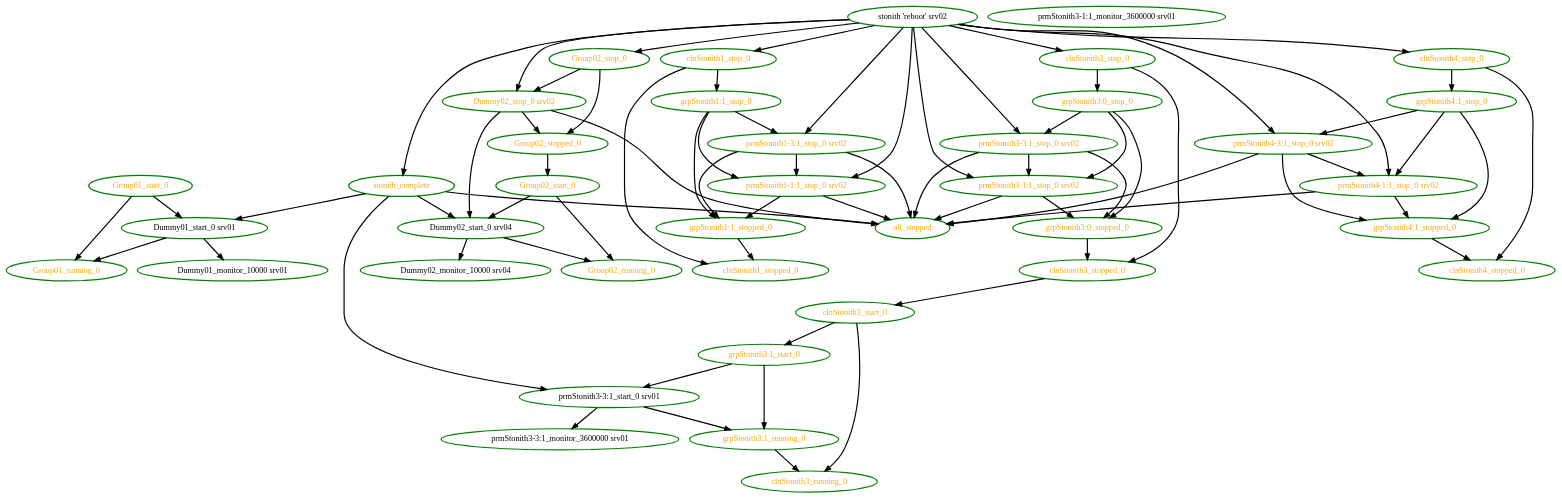
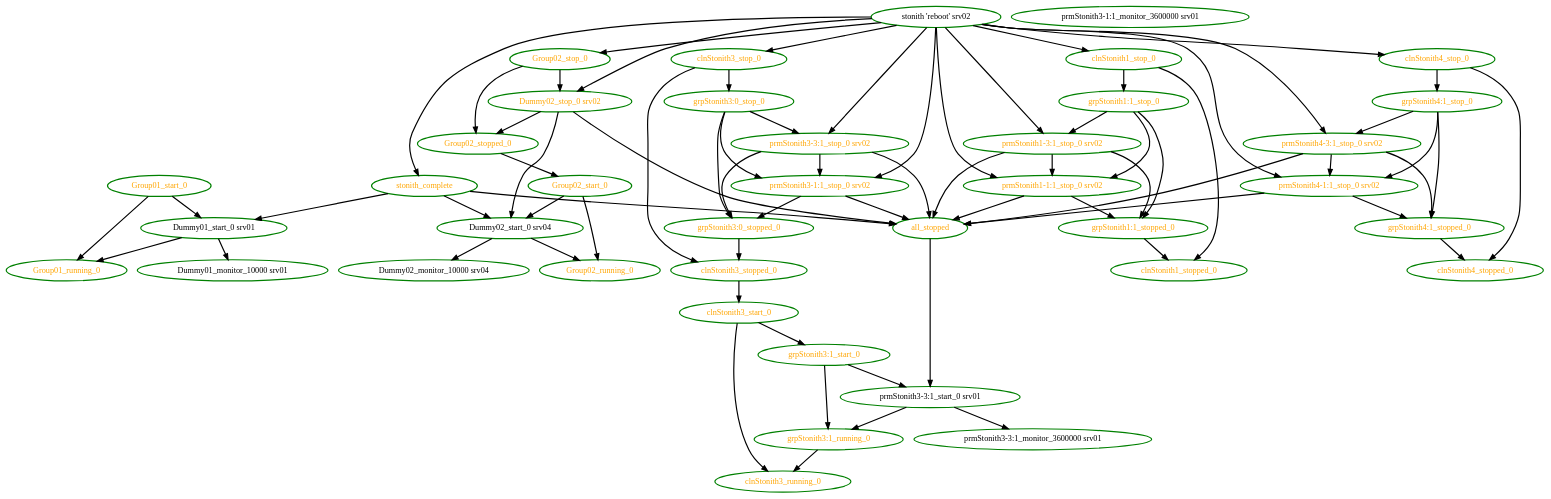
Before and after one commit to ClusterLabs/pacemaker: the diagram in pengine/test10/bug-lf-2508.dot, drawn with Graphviz. The commit also changed 44 other files, not shown here.

```diff
--- a/pengine/test10/bug-lf-2508.dot
+++ b/pengine/test10/bug-lf-2508.dot
@@ -1,112 +1,112 @@
 digraph "g" {
 "Dummy01_monitor_10000 srv01" [ style=bold color="green" fontcolor="black" ]
 "Dummy01_start_0 srv01" -> "Dummy01_monitor_10000 srv01" [ style = bold]
 "Dummy01_start_0 srv01" -> "Group01_running_0" [ style = bold]
 "Dummy01_start_0 srv01" [ style=bold color="green" fontcolor="black" ]
 "Dummy02_monitor_10000 srv04" [ style=bold color="green" fontcolor="black" ]
 "Dummy02_start_0 srv04" -> "Dummy02_monitor_10000 srv04" [ style = bold]
 "Dummy02_start_0 srv04" -> "Group02_running_0" [ style = bold]
 "Dummy02_start_0 srv04" [ style=bold color="green" fontcolor="black" ]
 "Dummy02_stop_0 srv02" -> "Dummy02_start_0 srv04" [ style = bold]
 "Dummy02_stop_0 srv02" -> "Group02_stopped_0" [ style = bold]
 "Dummy02_stop_0 srv02" -> "all_stopped" [ style = bold]
 "Dummy02_stop_0 srv02" [ style=bold color="green" fontcolor="orange" ]
 "Group01_running_0" [ style=bold color="green" fontcolor="orange" ]
 "Group01_start_0" -> "Dummy01_start_0 srv01" [ style = bold]
 "Group01_start_0" -> "Group01_running_0" [ style = bold]
 "Group01_start_0" [ style=bold color="green" fontcolor="orange" ]
 "Group02_running_0" [ style=bold color="green" fontcolor="orange" ]
 "Group02_start_0" -> "Dummy02_start_0 srv04" [ style = bold]
 "Group02_start_0" -> "Group02_running_0" [ style = bold]
 "Group02_start_0" [ style=bold color="green" fontcolor="orange" ]
 "Group02_stop_0" -> "Dummy02_stop_0 srv02" [ style = bold]
 "Group02_stop_0" -> "Group02_stopped_0" [ style = bold]
 "Group02_stop_0" [ style=bold color="green" fontcolor="orange" ]
 "Group02_stopped_0" -> "Group02_start_0" [ style = bold]
 "Group02_stopped_0" [ style=bold color="green" fontcolor="orange" ]
+"all_stopped" -> "prmStonith3-3:1_start_0 srv01" [ style = bold]
 "all_stopped" [ style=bold color="green" fontcolor="orange" ]
 "clnStonith1_stop_0" -> "clnStonith1_stopped_0" [ style = bold]
 "clnStonith1_stop_0" -> "grpStonith1:1_stop_0" [ style = bold]
 "clnStonith1_stop_0" [ style=bold color="green" fontcolor="orange" ]
 "clnStonith1_stopped_0" [ style=bold color="green" fontcolor="orange" ]
 "clnStonith3_running_0" [ style=bold color="green" fontcolor="orange" ]
 "clnStonith3_start_0" -> "clnStonith3_running_0" [ style = bold]
 "clnStonith3_start_0" -> "grpStonith3:1_start_0" [ style = bold]
 "clnStonith3_start_0" [ style=bold color="green" fontcolor="orange" ]
 "clnStonith3_stop_0" -> "clnStonith3_stopped_0" [ style = bold]
 "clnStonith3_stop_0" -> "grpStonith3:0_stop_0" [ style = bold]
 "clnStonith3_stop_0" [ style=bold color="green" fontcolor="orange" ]
 "clnStonith3_stopped_0" -> "clnStonith3_start_0" [ style = bold]
 "clnStonith3_stopped_0" [ style=bold color="green" fontcolor="orange" ]
 "clnStonith4_stop_0" -> "clnStonith4_stopped_0" [ style = bold]
 "clnStonith4_stop_0" -> "grpStonith4:1_stop_0" [ style = bold]
 "clnStonith4_stop_0" [ style=bold color="green" fontcolor="orange" ]
 "clnStonith4_stopped_0" [ style=bold color="green" fontcolor="orange" ]
 "grpStonith1:1_stop_0" -> "grpStonith1:1_stopped_0" [ style = bold]
 "grpStonith1:1_stop_0" -> "prmStonith1-1:1_stop_0 srv02" [ style = bold]
 "grpStonith1:1_stop_0" -> "prmStonith1-3:1_stop_0 srv02" [ style = bold]
 "grpStonith1:1_stop_0" [ style=bold color="green" fontcolor="orange"]
 "grpStonith1:1_stopped_0" -> "clnStonith1_stopped_0" [ style = bold]
 "grpStonith1:1_stopped_0" [ style=bold color="green" fontcolor="orange"]
 "grpStonith3:0_stop_0" -> "grpStonith3:0_stopped_0" [ style = bold]
 "grpStonith3:0_stop_0" -> "prmStonith3-1:1_stop_0 srv02" [ style = bold]
 "grpStonith3:0_stop_0" -> "prmStonith3-3:1_stop_0 srv02" [ style = bold]
 "grpStonith3:0_stop_0" [ style=bold color="green" fontcolor="orange"]
 "grpStonith3:0_stopped_0" -> "clnStonith3_stopped_0" [ style = bold]
 "grpStonith3:0_stopped_0" [ style=bold color="green" fontcolor="orange"]
 "grpStonith3:1_running_0" -> "clnStonith3_running_0" [ style = bold]
 "grpStonith3:1_running_0" [ style=bold color="green" fontcolor="orange"]
 "grpStonith3:1_start_0" -> "grpStonith3:1_running_0" [ style = bold]
 "grpStonith3:1_start_0" -> "prmStonith3-3:1_start_0 srv01" [ style = bold]
 "grpStonith3:1_start_0" [ style=bold color="green" fontcolor="orange"]
 "grpStonith4:1_stop_0" -> "grpStonith4:1_stopped_0" [ style = bold]
 "grpStonith4:1_stop_0" -> "prmStonith4-1:1_stop_0 srv02" [ style = bold]
 "grpStonith4:1_stop_0" -> "prmStonith4-3:1_stop_0 srv02" [ style = bold]
 "grpStonith4:1_stop_0" [ style=bold color="green" fontcolor="orange"]
 "grpStonith4:1_stopped_0" -> "clnStonith4_stopped_0" [ style = bold]
 "grpStonith4:1_stopped_0" [ style=bold color="green" fontcolor="orange"]
 "prmStonith1-1:1_stop_0 srv02" -> "all_stopped" [ style = bold]
 "prmStonith1-1:1_stop_0 srv02" -> "grpStonith1:1_stopped_0" [ style = bold]
 "prmStonith1-1:1_stop_0 srv02" [ style=bold color="green" fontcolor="orange" ]
 "prmStonith1-3:1_stop_0 srv02" -> "all_stopped" [ style = bold]
 "prmStonith1-3:1_stop_0 srv02" -> "grpStonith1:1_stopped_0" [ style = bold]
 "prmStonith1-3:1_stop_0 srv02" -> "prmStonith1-1:1_stop_0 srv02" [ style = bold]
 "prmStonith1-3:1_stop_0 srv02" [ style=bold color="green" fontcolor="orange" ]
 "prmStonith3-1:1_monitor_3600000 srv01" [ style=bold color="green" fontcolor="black" ]
 "prmStonith3-1:1_stop_0 srv02" -> "all_stopped" [ style = bold]
 "prmStonith3-1:1_stop_0 srv02" -> "grpStonith3:0_stopped_0" [ style = bold]
 "prmStonith3-1:1_stop_0 srv02" [ style=bold color="green" fontcolor="orange"]
 "prmStonith3-3:1_monitor_3600000 srv01" [ style=bold color="green" fontcolor="black"]
 "prmStonith3-3:1_start_0 srv01" -> "grpStonith3:1_running_0" [ style = bold]
 "prmStonith3-3:1_start_0 srv01" -> "prmStonith3-3:1_monitor_3600000 srv01" [ style = bold]
 "prmStonith3-3:1_start_0 srv01" [ style=bold color="green" fontcolor="black"]
 "prmStonith3-3:1_stop_0 srv02" -> "all_stopped" [ style = bold]
 "prmStonith3-3:1_stop_0 srv02" -> "grpStonith3:0_stopped_0" [ style = bold]
 "prmStonith3-3:1_stop_0 srv02" -> "prmStonith3-1:1_stop_0 srv02" [ style = bold]
 "prmStonith3-3:1_stop_0 srv02" [ style=bold color="green" fontcolor="orange"]
 "prmStonith4-1:1_stop_0 srv02" -> "all_stopped" [ style = bold]
 "prmStonith4-1:1_stop_0 srv02" -> "grpStonith4:1_stopped_0" [ style = bold]
 "prmStonith4-1:1_stop_0 srv02" [ style=bold color="green" fontcolor="orange"]
 "prmStonith4-3:1_stop_0 srv02" -> "all_stopped" [ style = bold]
 "prmStonith4-3:1_stop_0 srv02" -> "grpStonith4:1_stopped_0" [ style = bold]
 "prmStonith4-3:1_stop_0 srv02" -> "prmStonith4-1:1_stop_0 srv02" [ style = bold]
 "prmStonith4-3:1_stop_0 srv02" [ style=bold color="green" fontcolor="orange"]
 "stonith 'reboot' srv02" -> "Dummy02_stop_0 srv02" [ style = bold]
 "stonith 'reboot' srv02" -> "Group02_stop_0" [ style = bold]
 "stonith 'reboot' srv02" -> "clnStonith1_stop_0" [ style = bold]
 "stonith 'reboot' srv02" -> "clnStonith3_stop_0" [ style = bold]
 "stonith 'reboot' srv02" -> "clnStonith4_stop_0" [ style = bold]
 "stonith 'reboot' srv02" -> "prmStonith1-1:1_stop_0 srv02" [ style = bold]
 "stonith 'reboot' srv02" -> "prmStonith1-3:1_stop_0 srv02" [ style = bold]
 "stonith 'reboot' srv02" -> "prmStonith3-1:1_stop_0 srv02" [ style = bold]
 "stonith 'reboot' srv02" -> "prmStonith3-3:1_stop_0 srv02" [ style = bold]
 "stonith 'reboot' srv02" -> "prmStonith4-1:1_stop_0 srv02" [ style = bold]
 "stonith 'reboot' srv02" -> "prmStonith4-3:1_stop_0 srv02" [ style = bold]
 "stonith 'reboot' srv02" -> "stonith_complete" [ style = bold]
 "stonith 'reboot' srv02" [ style=bold color="green" fontcolor="black"]
 "stonith_complete" -> "Dummy01_start_0 srv01" [ style = bold]
 "stonith_complete" -> "Dummy02_start_0 srv04" [ style = bold]
 "stonith_complete" -> "all_stopped" [ style = bold]
-"stonith_complete" -> "prmStonith3-3:1_start_0 srv01" [ style = bold]
 "stonith_complete" [ style=bold color="green" fontcolor="orange" ]
 }
```
